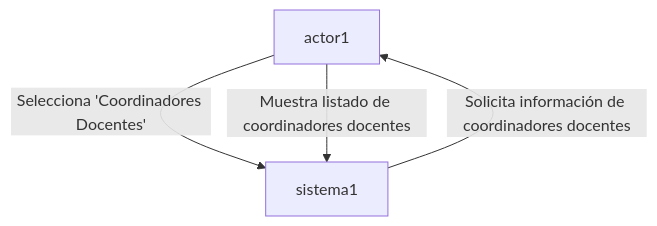
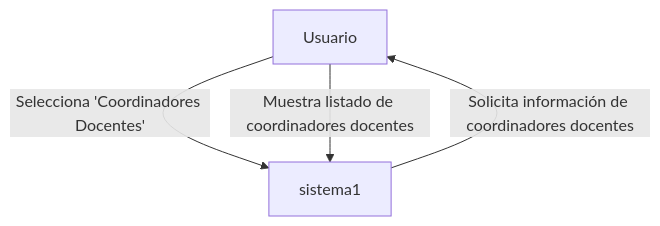
Before and after one commit to UPT-FAING-EPIS/proyecto-si8811a-2024-ii-u2-documentacion-lizarraga_arenas: the tenth of 12 diagrams in README.md, drawn with Mermaid. The commit also changed other lines of this file, not shown here.

````diff
--- a/README.md
+++ b/README.md
@@ -232,6 +232,6 @@
 ```mermaid
 flowchart TD
-    actor1 -->|Selecciona 'Coordinadores Docentes'| sistema1
+    actor1[Usuario] -->|Selecciona 'Coordinadores Docentes'| sistema1
     sistema1 -->|Solicita información de coordinadores docentes| actor1
     actor1 -->|Muestra listado de coordinadores docentes| sistema1
 ```
````
